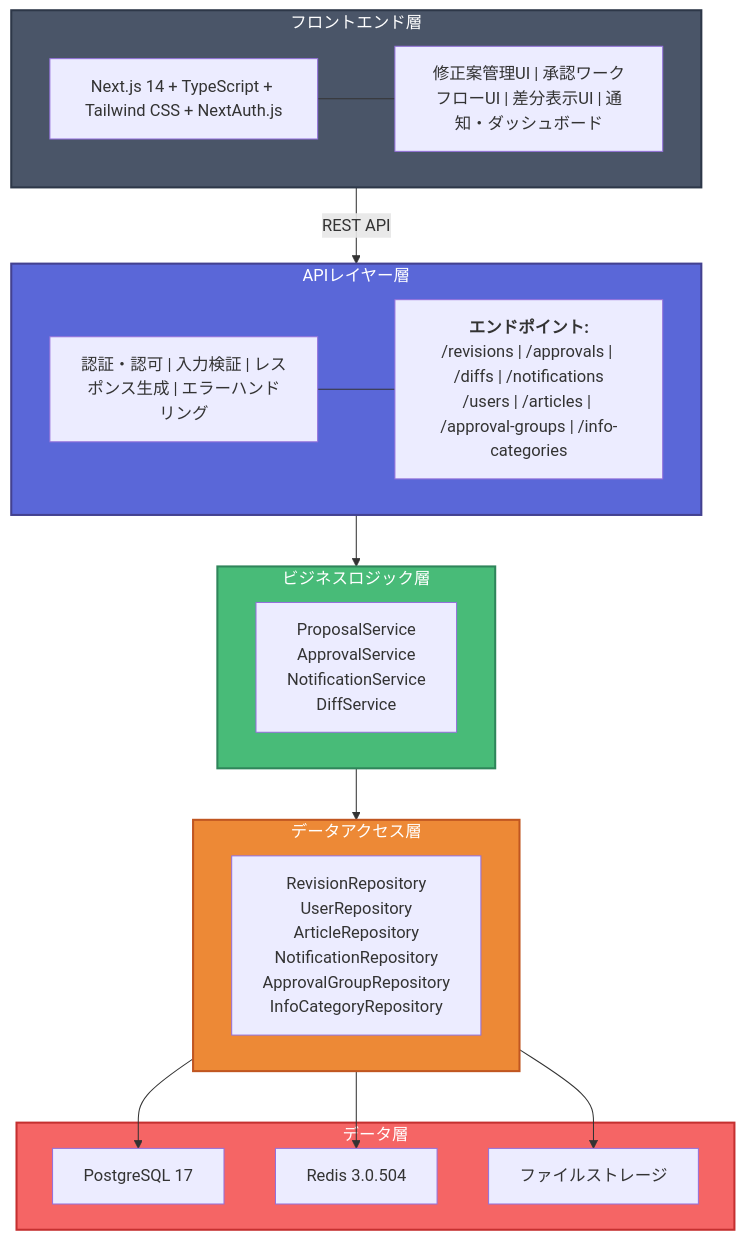
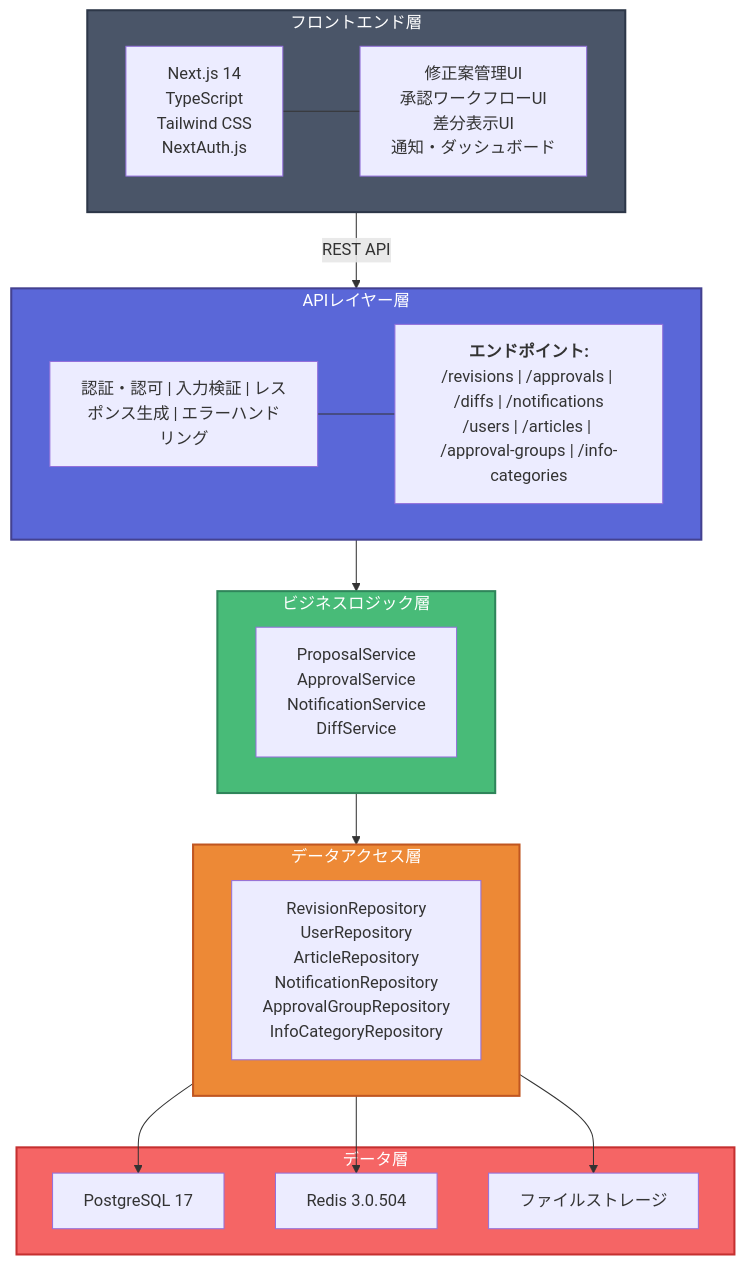
One commit to ekrsw/knowledge_app changed the first of 2 diagrams in .tmp/design.md. Above: the diagram before and after it, drawn with Mermaid.

Commit message:
フロントエンド層の表示を修正
- UI_FrameworkとUI_Componentsの文字が見切れる問題を解決
- 技術スタックとUI要素を縦配置で整理
- 視認性を向上

🤖 Generated with [Claude Code](https://claude.ai/code)

````diff
--- a/.tmp/design.md
+++ b/.tmp/design.md
@@ -7,54 +7,54 @@
 ```mermaid
 graph TB
     %% フロントエンド層
     subgraph Frontend["フロントエンド層"]
-        UI_Framework["Next.js 14 + TypeScript + Tailwind CSS + NextAuth.js"]
-        UI_Components["修正案管理UI | 承認ワークフローUI | 差分表示UI | 通知・ダッシュボード"]
+        UI_Framework["Next.js 14<br/>TypeScript<br/>Tailwind CSS<br/>NextAuth.js"]
+        UI_Components["修正案管理UI<br/>承認ワークフローUI<br/>差分表示UI<br/>通知・ダッシュボード"]
         UI_Framework --- UI_Components
     end
 
     %% APIレイヤー層
     subgraph API["APIレイヤー層"]
         Auth["認証・認可 | 入力検証 | レスポンス生成 | エラーハンドリング"]
         Endpoints["<b>エンドポイント:</b><br/>/revisions | /approvals | /diffs | /notifications<br/>/users | /articles | /approval-groups | /info-categories"]
         Auth --- Endpoints
     end
 
     %% ビジネスロジック層
     subgraph Business["ビジネスロジック層"]
         Services["ProposalService<br/>ApprovalService<br/>NotificationService<br/>DiffService"]
     end
 
     %% データアクセス層
     subgraph DataAccess["データアクセス層"]
         Repositories["RevisionRepository<br/>UserRepository<br/>ArticleRepository<br/>NotificationRepository<br/>ApprovalGroupRepository<br/>InfoCategoryRepository"]
     end
 
     %% データ層
     subgraph Data["データ層"]
         PostgreSQL["PostgreSQL 17"]
         Redis["Redis 3.0.504"]
         FileStorage["ファイルストレージ"]
     end
 
     %% 接続
     Frontend -->|REST API| API
     API --> Business
     Business --> DataAccess
     DataAccess --> PostgreSQL
     DataAccess --> Redis
     DataAccess --> FileStorage
 
     %% スタイリング（濃いグレー背景に白文字）
     classDef frontendStyle fill:#4a5568,stroke:#2d3748,stroke-width:2px,color:#fff
     classDef apiStyle fill:#5a67d8,stroke:#434190,stroke-width:2px,color:#fff
     classDef businessStyle fill:#48bb78,stroke:#2f855a,stroke-width:2px,color:#fff
     classDef dataAccessStyle fill:#ed8936,stroke:#c05621,stroke-width:2px,color:#fff
     classDef dataStyle fill:#f56565,stroke:#c53030,stroke-width:2px,color:#fff
 
     class Frontend frontendStyle
     class API apiStyle
     class Business businessStyle
     class DataAccess dataAccessStyle
     class Data dataStyle
 ```
````
